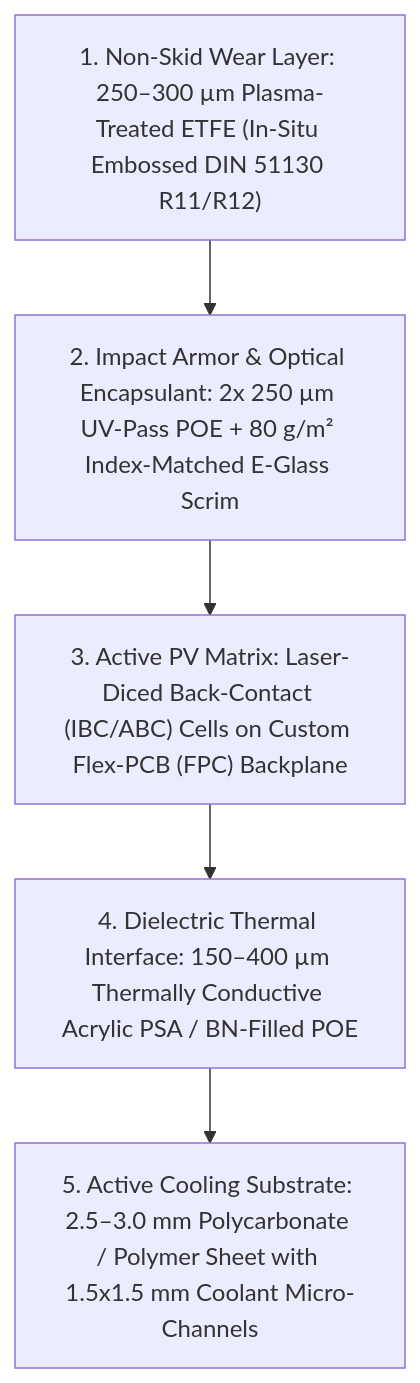
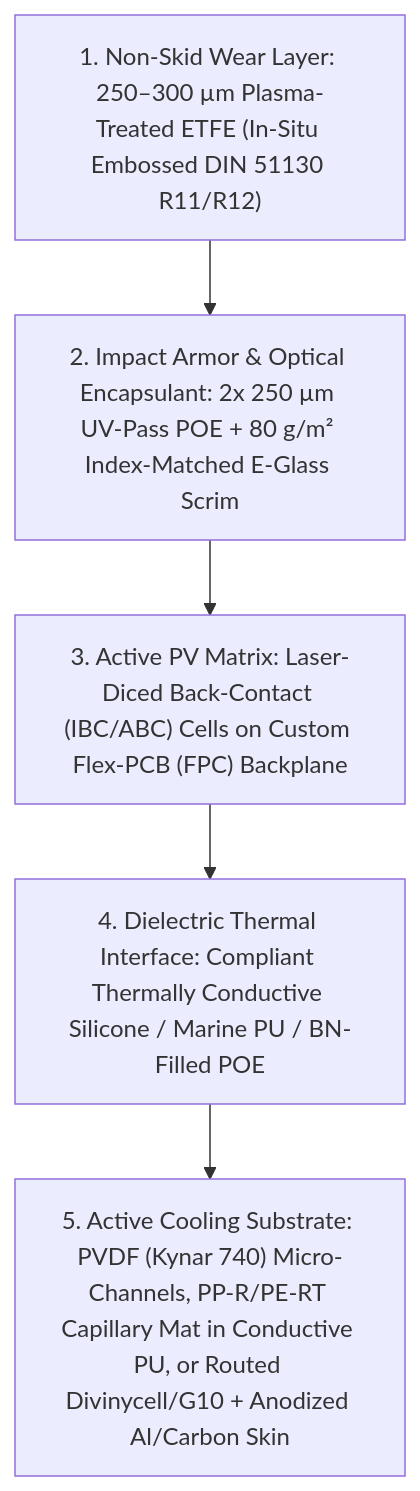
Before and after one commit to boats-boats-boats/helio-strake: the diagram in README.md, drawn with Mermaid. The commit also changed other lines of this file and 1 other file, not shown here.

````diff
--- a/README.md
+++ b/README.md
@@ -26,10 +26,10 @@
 ```mermaid
 flowchart TD
     L1["1. Non-Skid Wear Layer: 250–300 µm Plasma-Treated ETFE (In-Situ Embossed DIN 51130 R11/R12)"]
     L2["2. Impact Armor & Optical Encapsulant: 2x 250 µm UV-Pass POE + 80 g/m² Index-Matched E-Glass Scrim"]
     L3["3. Active PV Matrix: Laser-Diced Back-Contact (IBC/ABC) Cells on Custom Flex-PCB (FPC) Backplane"]
-    L4["4. Dielectric Thermal Interface: 150–400 µm Thermally Conductive Acrylic PSA / BN-Filled POE"]
-    L5["5. Active Cooling Substrate: 2.5–3.0 mm Polycarbonate / Polymer Sheet with 1.5x1.5 mm Coolant Micro-Channels"]
+    L4["4. Dielectric Thermal Interface: Compliant Thermally Conductive Silicone / Marine PU / BN-Filled POE"]
+    L5["5. Active Cooling Substrate: PVDF (Kynar 740) Micro-Channels, PP-R/PE-RT Capillary Mat in Conductive PU, or Routed Divinycell/G10 + Anodized Al/Carbon Skin"]
 
     L1 --> L2 --> L3 --> L4 --> L5
 ```
````
